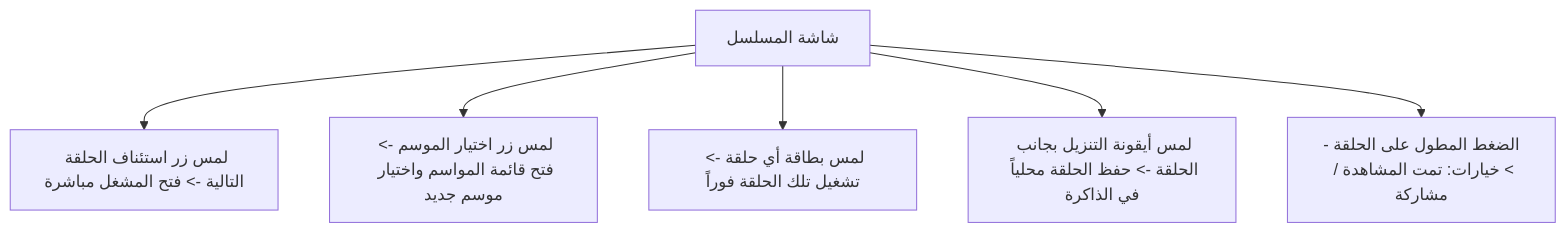
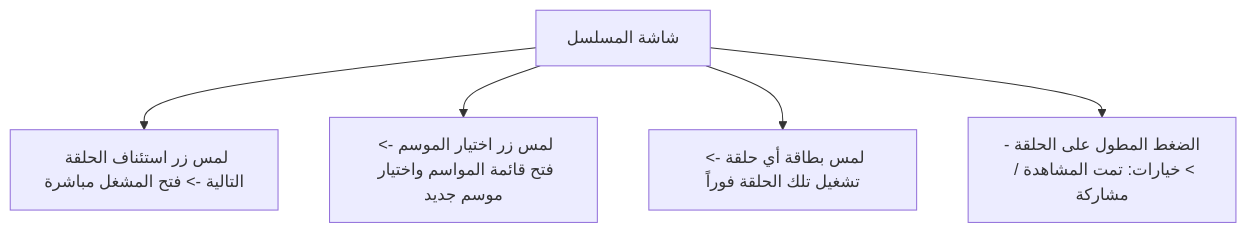
One commit to 0s-a/mdd-tv changed the diagram in docs/current/screens/media_details/03_series_details_screen.md. Above: the diagram before and after it, drawn with Mermaid. The commit also changed other lines of this file and 11 other files, not shown here.

````diff
--- a/docs/current/screens/media_details/03_series_details_screen.md
+++ b/docs/current/screens/media_details/03_series_details_screen.md
@@ -80,8 +77,7 @@
 ```mermaid
 flowchart TD
     SeriesScreen["شاشة المسلسل"] --> TapResume["لمس زر استئناف الحلقة التالية -> فتح المشغل مباشرة"]
     SeriesScreen --> ChangeSeason["لمس زر اختيار الموسم -> فتح قائمة المواسم واختيار موسم جديد"]
     SeriesScreen --> TapEpisodeCard["لمس بطاقة أي حلقة -> تشغيل تلك الحلقة فوراً"]
-    SeriesScreen --> DownloadEpisode["لمس أيقونة التنزيل بجانب الحلقة -> حفظ الحلقة محلياً في الذاكرة"]
     SeriesScreen --> LongPressEpisode["الضغط المطول على الحلقة -> خيارات: تمت المشاهدة / مشاركة"]
 ```
````
